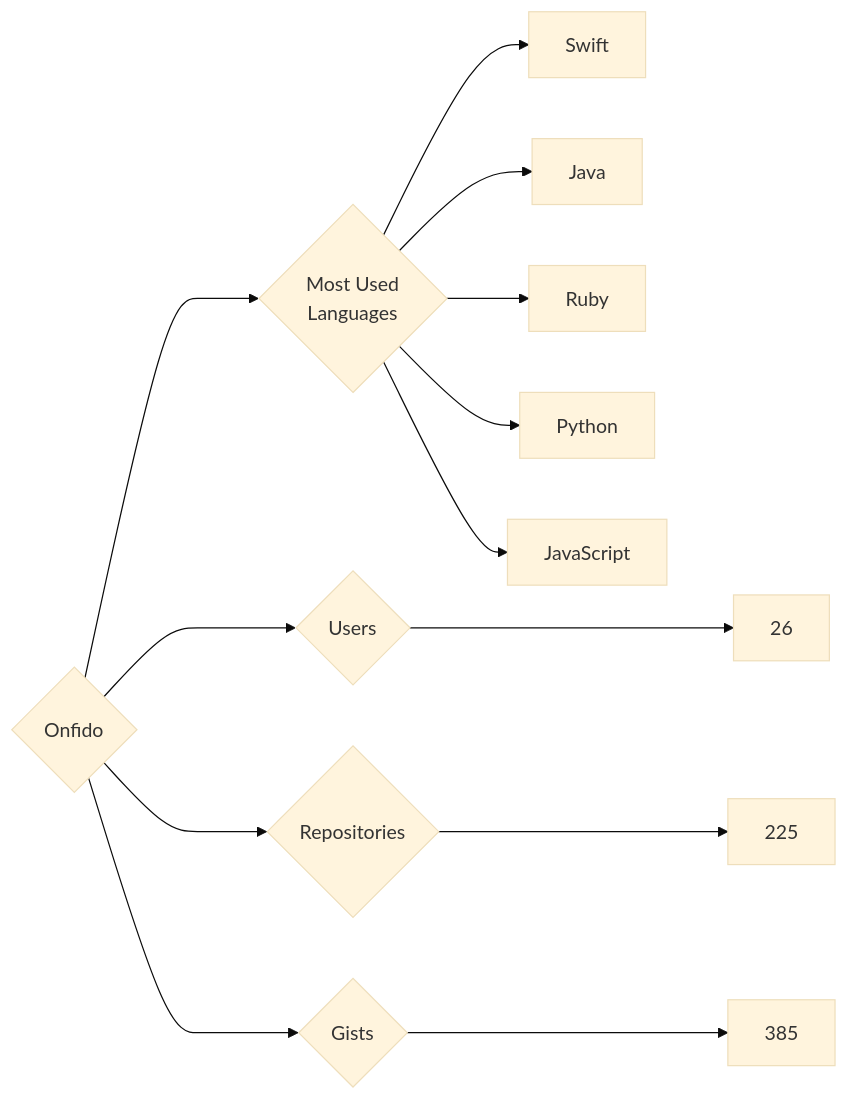
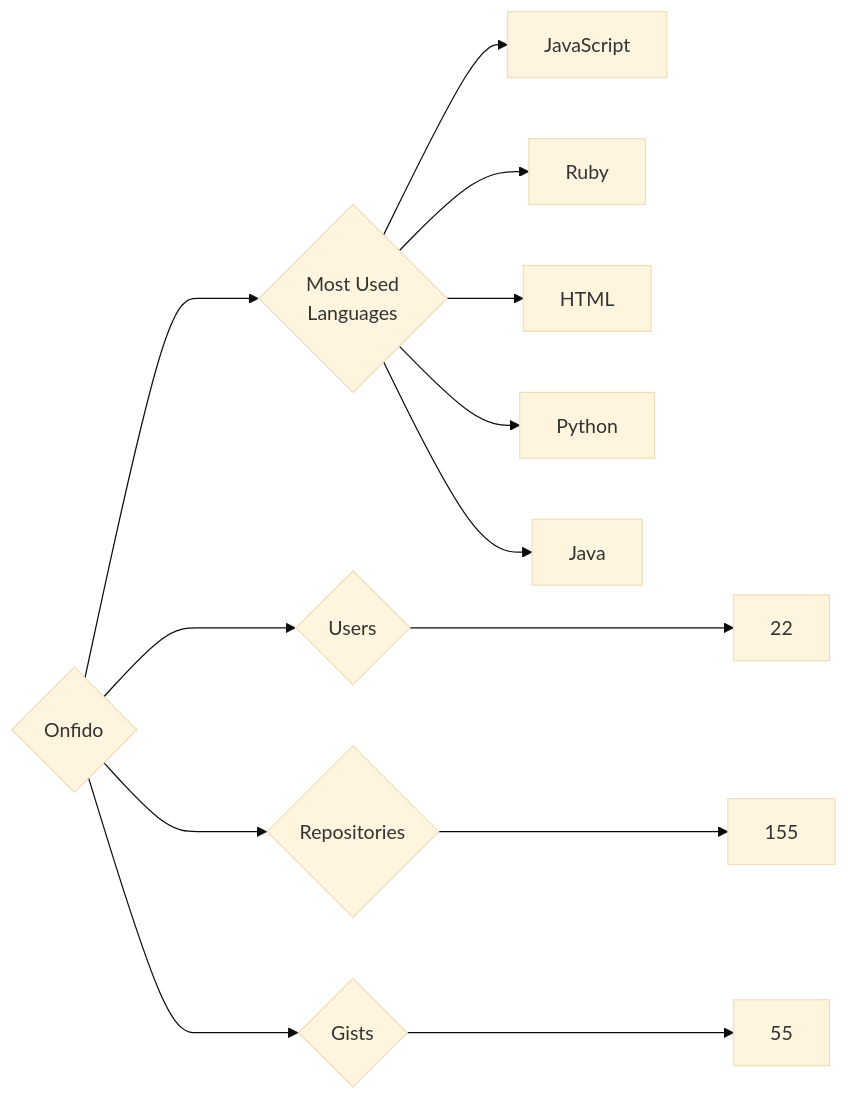
One commit to trickest/insiders changed the diagram in targets/Onfido/README.md. Above: the diagram before and after it, drawn with Mermaid (base theme). The commit also changed 877 other files, not shown here.

````diff
--- a/targets/Onfido/README.md
+++ b/targets/Onfido/README.md
@@ -3,13 +3,13 @@
 ```mermaid
 graph LR
 COMPANY_NAME{Onfido}
-COMPANY_NAME ---> U{Users} ---> UN[26]
-COMPANY_NAME ---> R{Repositories} ---> RN[225]
-COMPANY_NAME ---> G{Gists} ---> GN[385]
+COMPANY_NAME ---> U{Users} ---> UN[22]
+COMPANY_NAME ---> R{Repositories} ---> RN[155]
+COMPANY_NAME ---> G{Gists} ---> GN[55]
 COMPANY_NAME ---> ML{Most Used<br>Languages}
-ML --> Swift[Swift]
+ML --> JavaScript[JavaScript]
+ML --> Ruby[Ruby]
+ML --> HTML[HTML]
+ML --> Python[Python]
 ML --> Java[Java]
-ML --> Ruby[Ruby]
-ML --> Python[Python]
-ML --> JavaScript[JavaScript]
 ```
````
